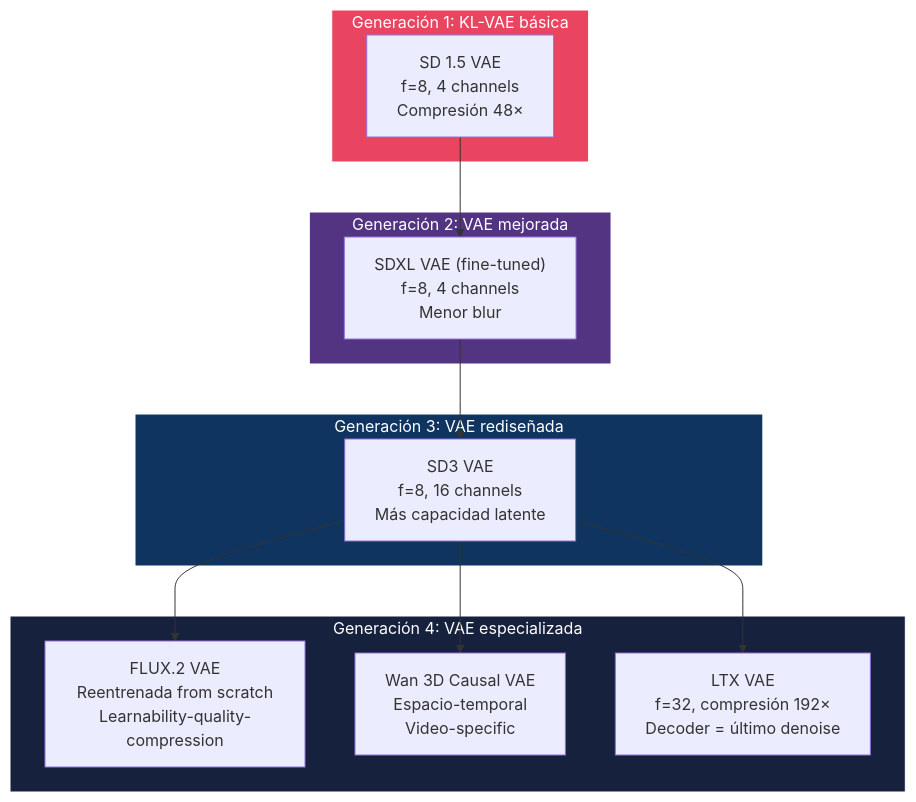
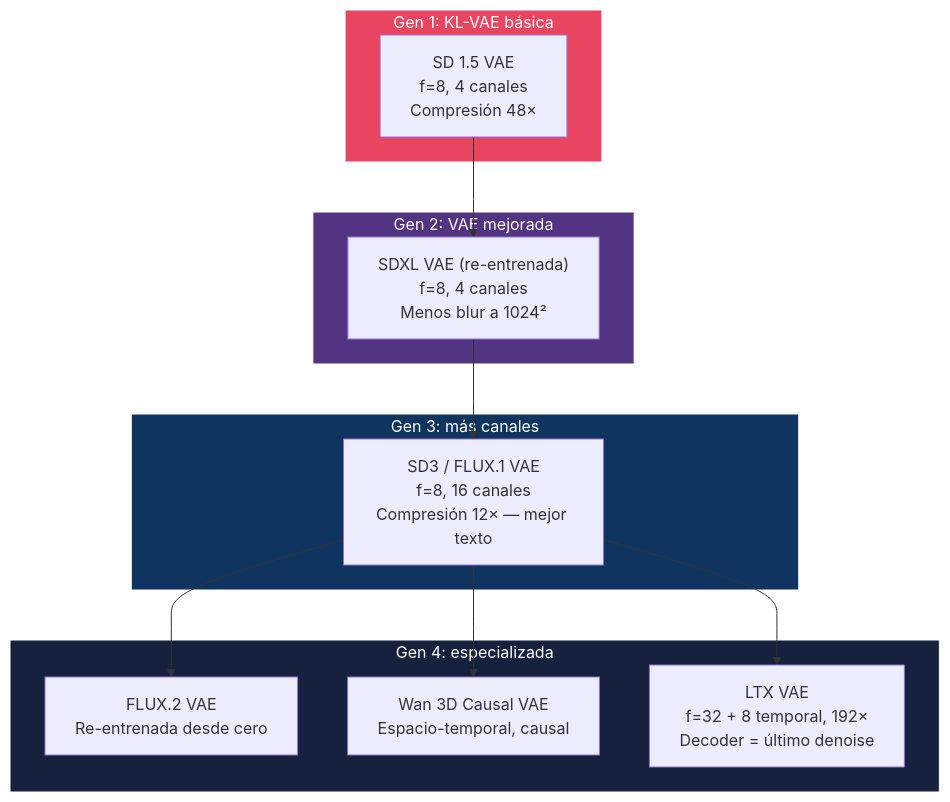
Before and after one commit to DavidDevGt/DifusionReal: the fifth of 6 diagrams in 05-latent-diffusion/README.md, drawn with Mermaid. The commit also changed other lines of this file, not shown here.

````diff
--- a/05-latent-diffusion/README.md
+++ b/05-latent-diffusion/README.md
@@ -236,30 +333,30 @@
 ```mermaid
 graph TB
-    subgraph Gen1 ["Generación 1: KL-VAE básica"]
-        V1["SD 1.5 VAE<br/>f=8, 4 channels<br/>Compresión 48×"]
+    subgraph Gen1 ["Gen 1: KL-VAE básica"]
+        V1["SD 1.5 VAE<br/>f=8, 4 canales<br/>Compresión 48×"]
     end
 
-    subgraph Gen2 ["Generación 2: VAE mejorada"]
-        V2["SDXL VAE (fine-tuned)<br/>f=8, 4 channels<br/>Menor blur"]
+    subgraph Gen2 ["Gen 2: VAE mejorada"]
+        V2["SDXL VAE (re-entrenada)<br/>f=8, 4 canales<br/>Menos blur a 1024²"]
     end
 
-    subgraph Gen3 ["Generación 3: VAE rediseñada"]
-        V3["SD3 VAE<br/>f=8, 16 channels<br/>Más capacidad latente"]
+    subgraph Gen3 ["Gen 3: más canales"]
+        V3["SD3 / FLUX.1 VAE<br/>f=8, 16 canales<br/>Compresión 12× — mejor texto"]
     end
 
-    subgraph Gen4 ["Generación 4: VAE especializada"]
-        V4A["FLUX.2 VAE<br/>Reentrenada from scratch<br/>Learnability-quality-compression"]
-        V4B["Wan 3D Causal VAE<br/>Espacio-temporal<br/>Video-specific"]
-        V4C["LTX VAE<br/>f=32, compresión 192×<br/>Decoder = último denoise"]
+    subgraph Gen4 ["Gen 4: especializada"]
+        V4A["FLUX.2 VAE<br/>Re-entrenada desde cero"]
+        V4B["Wan 3D Causal VAE<br/>Espacio-temporal, causal"]
+        V4C["LTX VAE<br/>f=32 + 8 temporal, 192×<br/>Decoder = último denoise"]
     end
 
     V1 --> V2 --> V3
     V3 --> V4A
     V3 --> V4B
     V3 --> V4C
 
     style Gen1 fill:#e94560,stroke:#fff,color:#fff
     style Gen2 fill:#533483,stroke:#fff,color:#fff
     style Gen3 fill:#0f3460,stroke:#fff,color:#fff
     style Gen4 fill:#16213e,stroke:#fff,color:#fff
 ```
````
